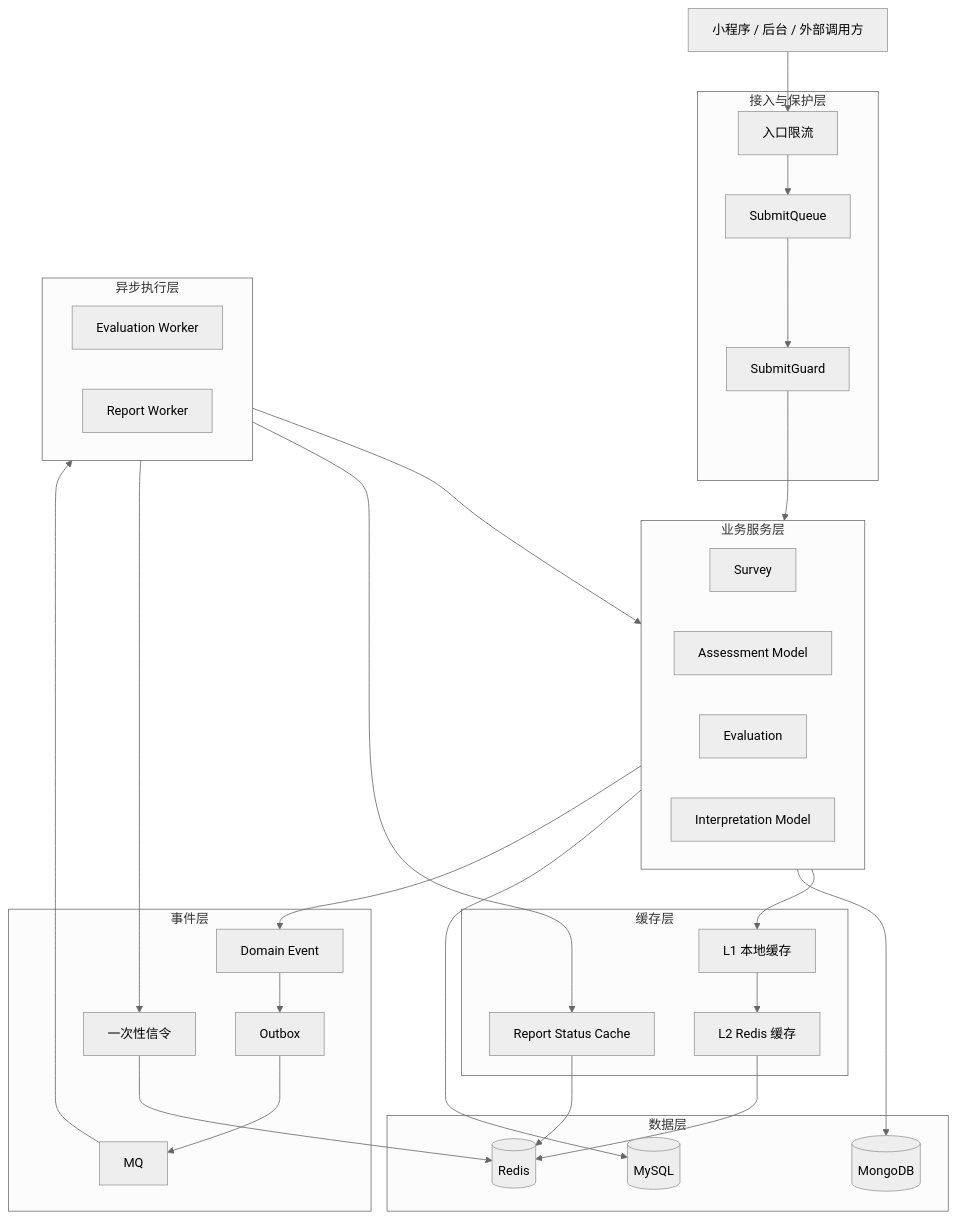
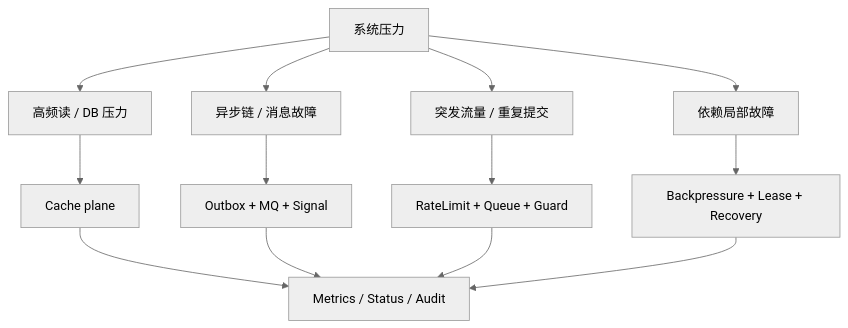
One commit to FangcunMount/qs-server changed the diagram in docs/03-基础设施/00-基础设施总览.md. Above: the diagram before and after it, drawn with Mermaid (neutral theme). The commit also changed other lines of this file and 192 other files, not shown here.

````diff
--- a/docs/03-基础设施/00-基础设施总览.md
+++ b/docs/03-基础设施/00-基础设施总览.md
@@ -7,47 +9,15 @@
 ```mermaid
 flowchart TB
-    client["小程序 / 后台 / 外部调用方"]
-    subgraph access["接入与保护层"]
-        rate["入口限流"]
-        queue["SubmitQueue"]
-        guard["SubmitGuard"]
-    end
-    subgraph app["业务服务层"]
-        survey["Survey"]
-        model["Assessment Model"]
-        eval["Evaluation"]
-        report["Interpretation Model"]
-    end
-    subgraph cache["缓存层"]
-        l1["L1 本地缓存"]
-        l2["L2 Redis 缓存"]
-        status["Report Status Cache"]
-    end
-    subgraph event["事件层"]
-        domain["Domain Event"]
-        outbox["Outbox"]
-        mq["MQ"]
-        signal["一次性信令"]
-    end
-    subgraph worker["异步执行层"]
-        ew["Evaluation Worker"]
-        rw["Report Worker"]
-    end
-    subgraph db["数据层"]
-        mongo[("MongoDB")]
-        mysql[("MySQL")]
-        redis[("Redis")]
-    end
-    client --> rate --> queue --> guard --> app
-    app --> l1
-    l1 --> l2
-    l2 --> redis
-    app --> mongo
-    app --> mysql
-    app --> domain --> outbox --> mq --> worker
-    worker --> app
-    worker --> status
-    worker --> signal
-    status --> redis
-    signal --> redis
+    Pressure["系统压力"] --> Read["高频读 / DB 压力"]
+    Pressure --> Async["异步链 / 消息故障"]
+    Pressure --> Burst["突发流量 / 重复提交"]
+    Pressure --> Partial["依赖局部故障"]
+    Read --> Cache["Cache plane"]
+    Async --> Event["Outbox + MQ + Signal"]
+    Burst --> Guard["RateLimit + Queue + Guard"]
+    Partial --> Resilience["Backpressure + Lease + Recovery"]
+    Cache --> Obs["Metrics / Status / Audit"]
+    Event --> Obs
+    Guard --> Obs
+    Resilience --> Obs
 ```
````
